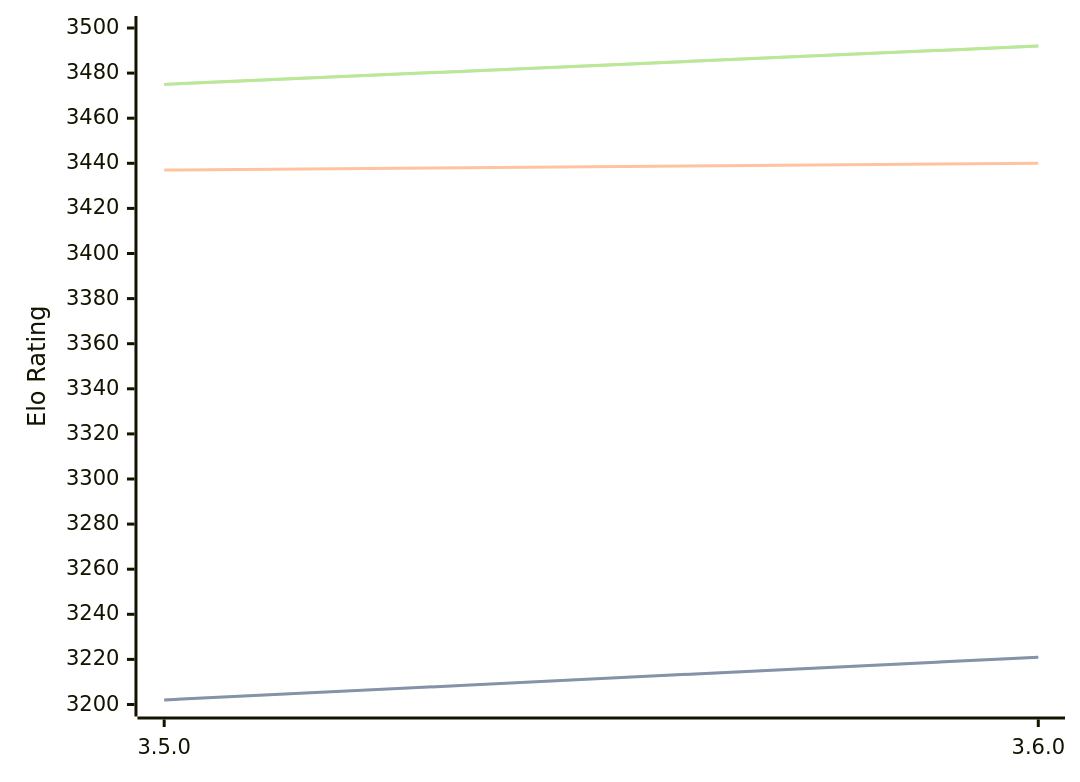
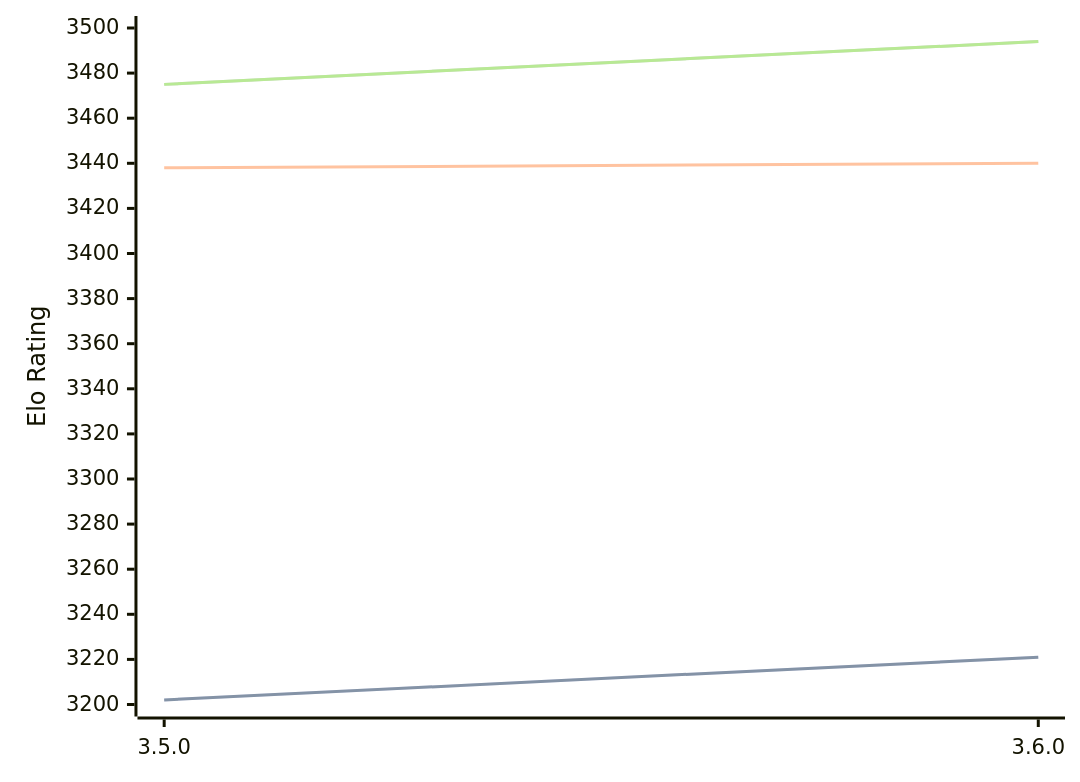
One commit to computer-chess-index/cci changed the diagram in engines/Igel.md. Above: the diagram before and after it, drawn with Mermaid. The commit also changed other lines of this file, not shown here.

Commit message:
Update CCI Ratings (ELO VLTC) - 2026-02-19

````diff
--- a/engines/Igel.md
+++ b/engines/Igel.md
@@ -65,11 +65,11 @@
 ```mermaid
 %%{init: {"theme":"base","themeVariables":{"seriesColors:['#a3a3a3','#222221','#faa371']}}}%%
 xychart-beta
   x-axis ["3.5.0", "3.6.0"]
   y-axis "Elo Rating" 3200 --> 3500
   line "STC (8.0+0.08s)" [3202, 3221]
   line "STC (8.0+0.08s)" [3202, 3221]
-  line "LTC (60.0+0.60s)" [3437, 3440]
-  line "VLTC (2m24s+1.12s)" [3475, 3492]
-  line "VLTC (2m24s+1.12s)" [3475, 3492]
+  line "LTC (60.0+0.60s)" [3438, 3440]
+  line "VLTC (2m24s+1.12s)" [3475, 3494]
+  line "VLTC (2m24s+1.12s)" [3475, 3494]
 ```
````
